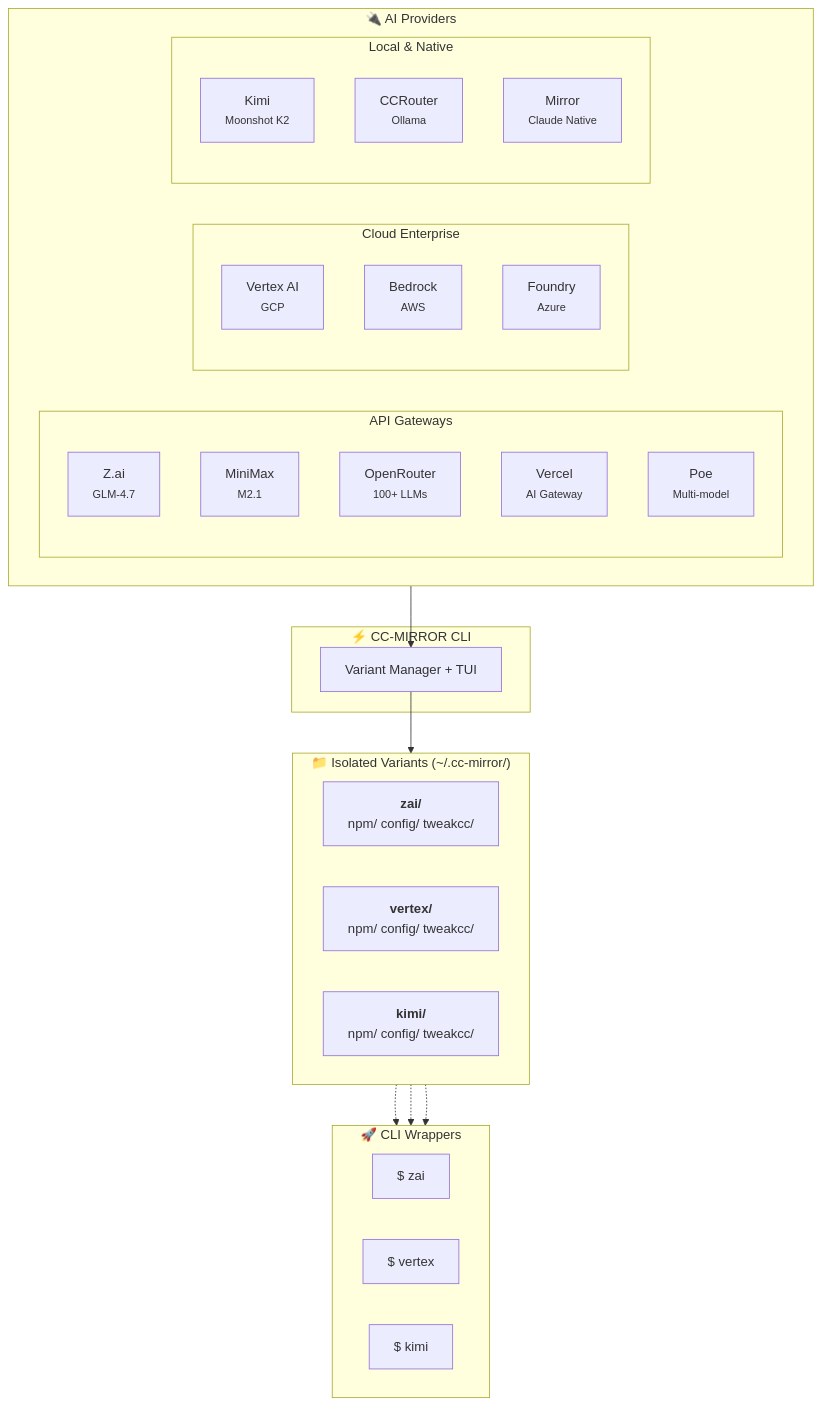
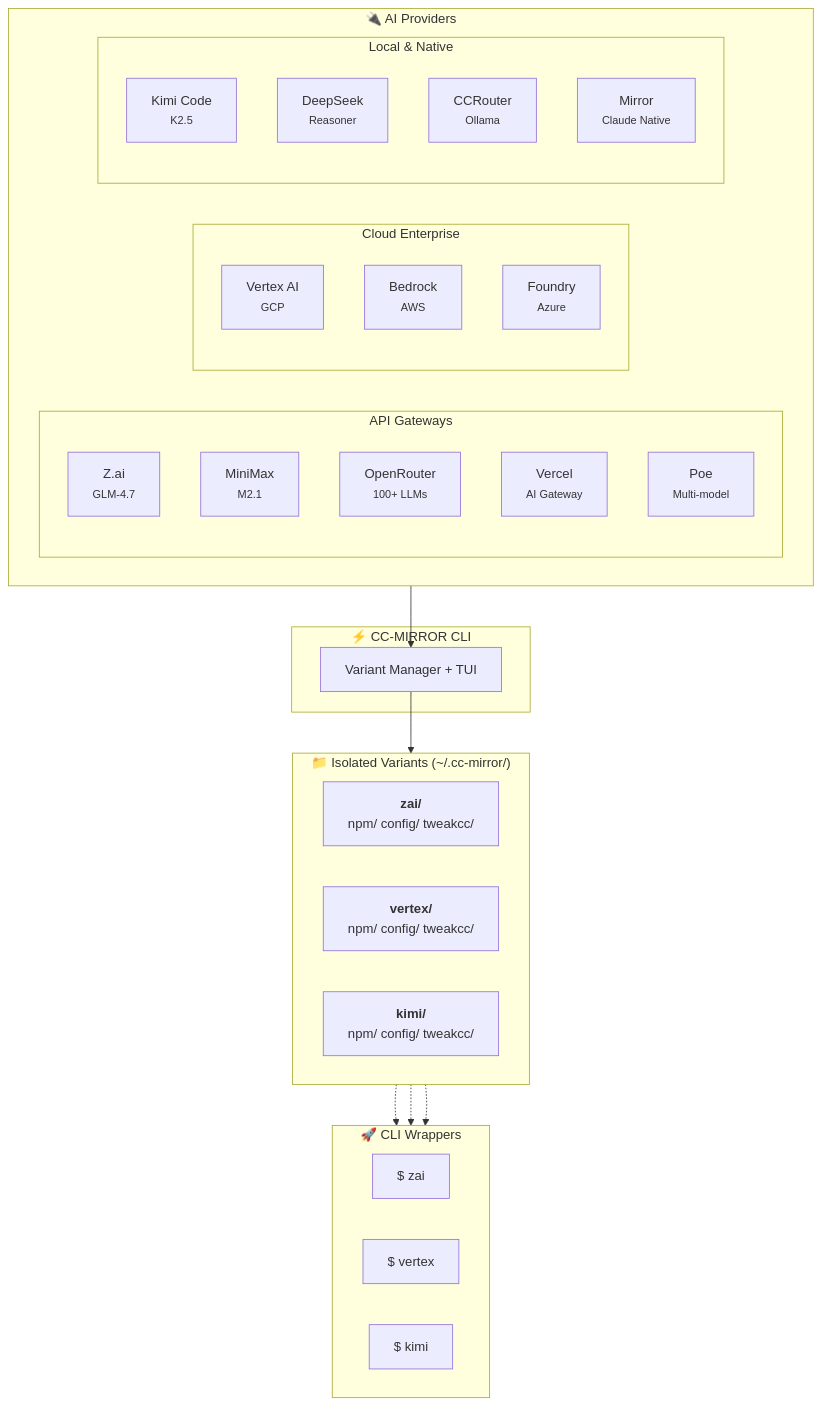
One commit to hyukudan/cc-mirror changed the first of 4 diagrams in README.md. Above: the diagram before and after it, drawn with Mermaid. The commit also changed other lines of this file and 17 other files, not shown here.

````diff
--- a/README.md
+++ b/README.md
@@ -23,47 +23,48 @@
 ```mermaid
 flowchart TB
     subgraph providers["🔌 AI Providers"]
         direction LR
         subgraph gateways["API Gateways"]
             zai["Z.ai<br/><small>GLM-4.7</small>"]
             minimax["MiniMax<br/><small>M2.1</small>"]
             openrouter["OpenRouter<br/><small>100+ LLMs</small>"]
             vercel["Vercel<br/><small>AI Gateway</small>"]
             poe["Poe<br/><small>Multi-model</small>"]
         end
         subgraph cloud["Cloud Enterprise"]
             vertex["Vertex AI<br/><small>GCP</small>"]
             bedrock["Bedrock<br/><small>AWS</small>"]
             foundry["Foundry<br/><small>Azure</small>"]
         end
         subgraph local["Local & Native"]
-            kimi["Kimi<br/><small>Moonshot K2</small>"]
+            kimi["Kimi Code<br/><small>K2.5</small>"]
+            deepseek["DeepSeek<br/><small>Reasoner</small>"]
             ccrouter["CCRouter<br/><small>Ollama</small>"]
             mirror["Mirror<br/><small>Claude Native</small>"]
         end
     end
 
     subgraph ccmirror["⚡ CC-MIRROR CLI"]
         cli["Variant Manager + TUI"]
     end
 
     subgraph variants["📁 Isolated Variants (~/.cc-mirror/)"]
         direction LR
         v1["<b>zai/</b><br/>npm/ config/ tweakcc/"]
         v2["<b>vertex/</b><br/>npm/ config/ tweakcc/"]
         v3["<b>kimi/</b><br/>npm/ config/ tweakcc/"]
     end
 
     subgraph wrappers["🚀 CLI Wrappers"]
         direction LR
         w1["$ zai"]
         w2["$ vertex"]
         w3["$ kimi"]
     end
 
     providers --> cli
     cli --> variants
     v1 -.-> w1
     v2 -.-> w2
     v3 -.-> w3
 ```
````
